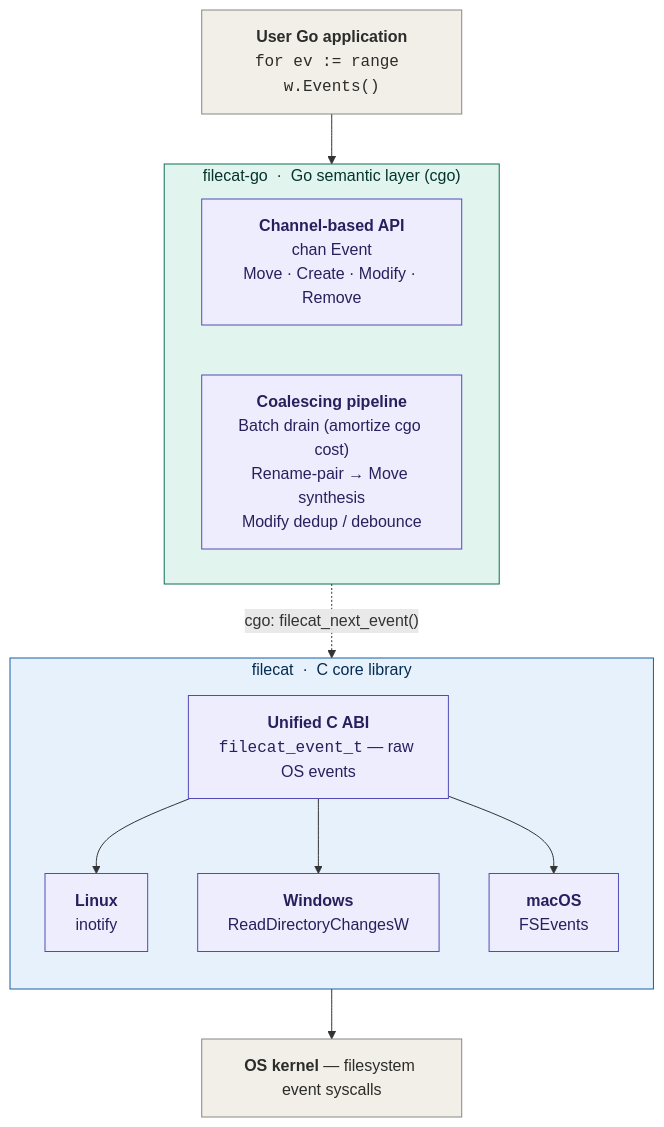
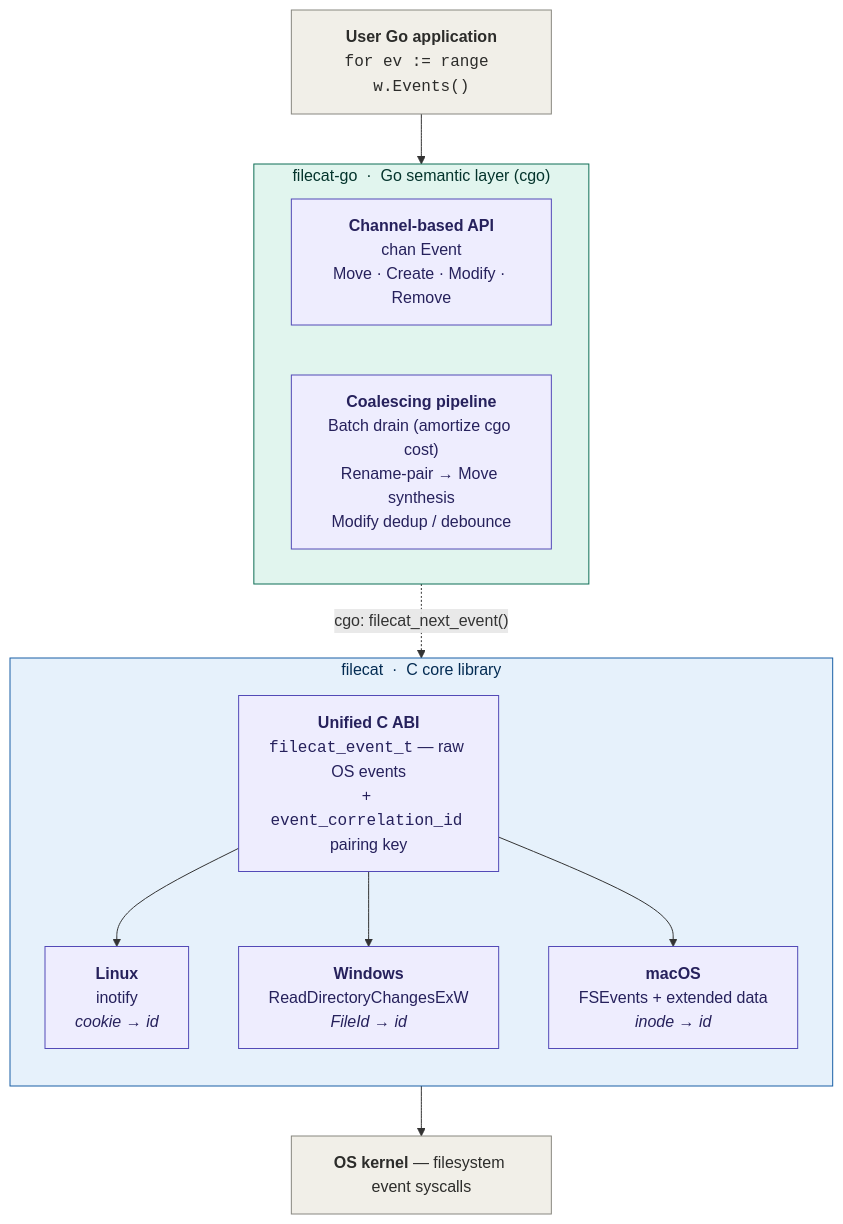
One commit to lizzary/Filecat changed the diagram in README.md. Above: the diagram before and after it, drawn with Mermaid. The commit also changed other lines of this file, not shown here.

````diff
--- a/README.md
+++ b/README.md
@@ -76,37 +115,37 @@
 ```mermaid
 flowchart TB
     User["<b>User Go application</b><br/><code>for ev := range w.Events()</code>"]
 
     subgraph GoLayer["filecat-go &nbsp;·&nbsp; Go semantic layer (cgo)"]
         direction LR
         API["<b>Channel-based API</b><br/>chan Event<br/>Move · Create · Modify · Remove"]
         Pipeline["<b>Coalescing pipeline</b><br/>Batch drain (amortize cgo cost)<br/>Rename-pair → Move synthesis<br/>Modify dedup / debounce"]
     end
 
     subgraph CLayer["filecat &nbsp;·&nbsp; C core library"]
         direction TB
-        ABI["<b>Unified C ABI</b><br/><code>filecat_event_t</code> — raw OS events"]
-        Linux["<b>Linux</b><br/>inotify"]
-        Windows["<b>Windows</b><br/>ReadDirectoryChangesW"]
-        Mac["<b>macOS</b><br/>FSEvents"]
+        ABI["<b>Unified C ABI</b><br/><code>filecat_event_t</code> — raw OS events<br/>+ <code>event_correlation_id</code> pairing key"]
+        Linux["<b>Linux</b><br/>inotify<br/><i>cookie → id</i>"]
+        Windows["<b>Windows</b><br/>ReadDirectoryChangesExW<br/><i>FileId → id</i>"]
+        Mac["<b>macOS</b><br/>FSEvents + extended data<br/><i>inode → id</i>"]
         ABI --> Linux
         ABI --> Windows
         ABI --> Mac
     end
 
     Kernel["<b>OS kernel</b> — filesystem event syscalls"]
 
     User --> GoLayer
     GoLayer -. "cgo: filecat_next_event()" .-> CLayer
     CLayer --> Kernel
 
     classDef neutral fill:#f1efe8,stroke:#888780,stroke-width:1px,color:#2c2c2a
     classDef goLayer fill:#e1f5ee,stroke:#0f6e56,stroke-width:1px,color:#04342c
     classDef cLayer fill:#e6f1fb,stroke:#185fa5,stroke-width:1px,color:#042c53
     classDef comp fill:#eeedfe,stroke:#534ab7,stroke-width:1px,color:#26215c
 
     class User,Kernel neutral
     class API,Pipeline,ABI,Linux,Windows,Mac comp
     class GoLayer goLayer
     class CLayer cLayer
 ```
````
